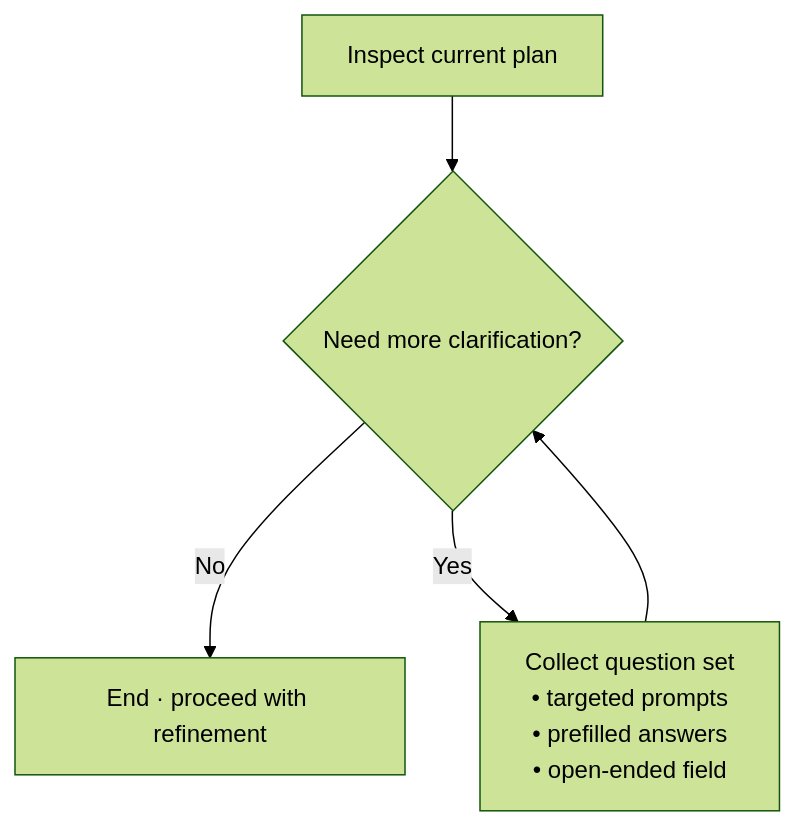
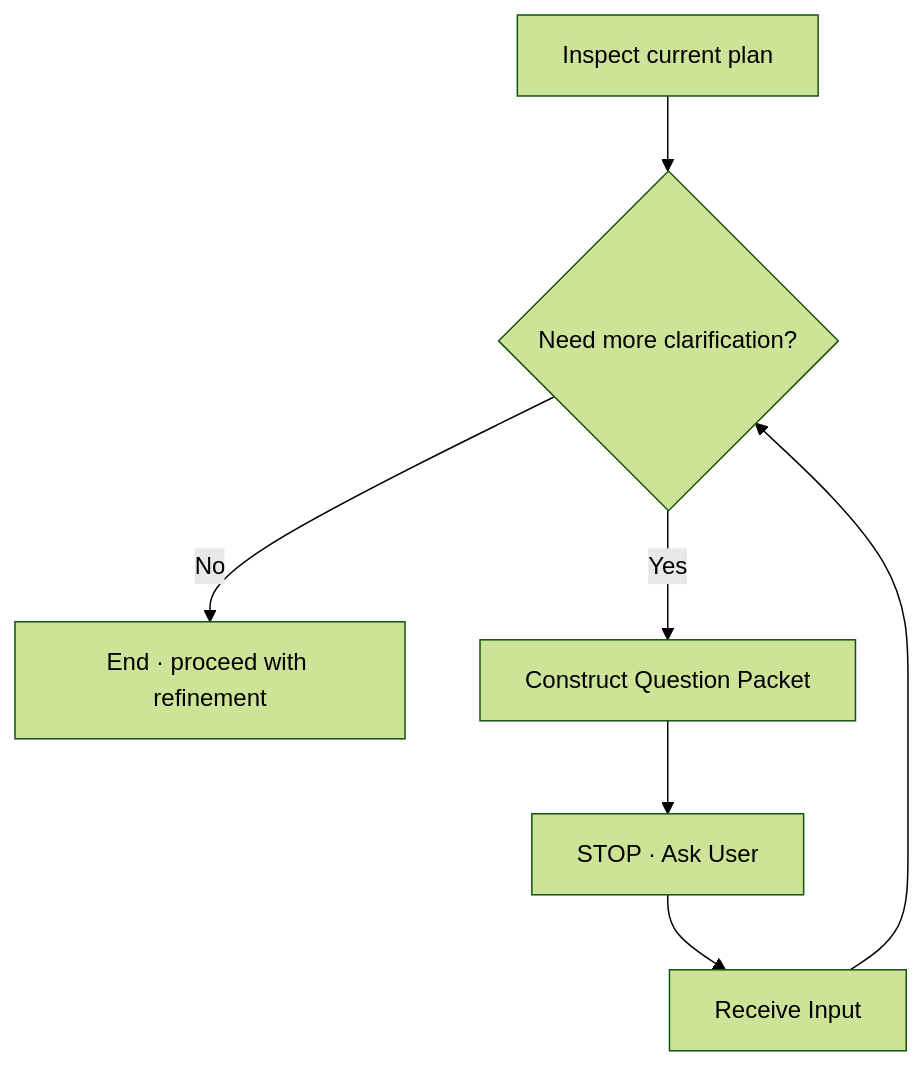
One commit to e0ipso/ai-task-manager changed the diagram in templates/assistant/commands/tasks/refine-plan.md. Above: the diagram before and after it, drawn with Mermaid (forest theme). The commit also changed other lines of this file, not shown here.

Commit message:
fix: prevent auto-responses in refine-plan

````diff
--- a/templates/assistant/commands/tasks/refine-plan.md
+++ b/templates/assistant/commands/tasks/refine-plan.md
@@ -118,7 +118,9 @@
 ```mermaid
 flowchart TD
     A[Inspect current plan] --> B{Need more clarification?}
     B -- No --> C[End · proceed with refinement]
-    B -- Yes --> D[Collect question set\n• targeted prompts\n• prefilled answers\n• open-ended field]
-    D --> B
+    B -- Yes --> D[Construct Question Packet]
+    D --> E[STOP · Ask User]
+    E --> F[Receive Input]
+    F --> B
 ```
````
